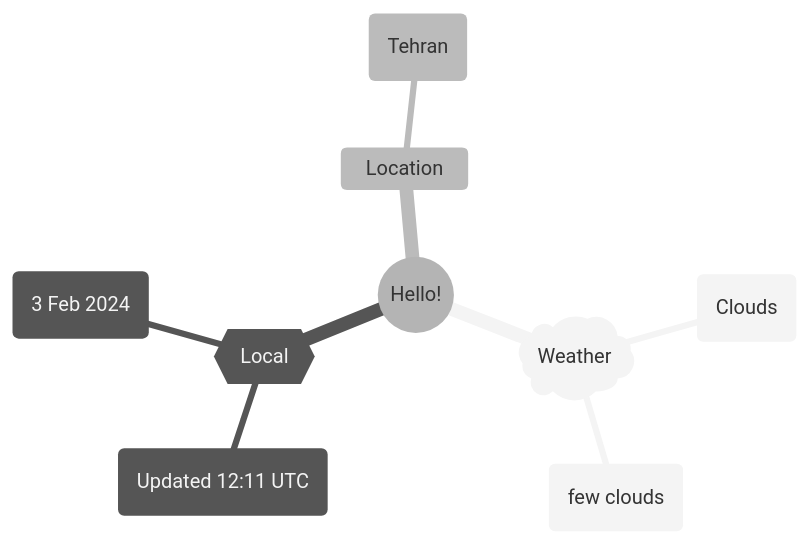
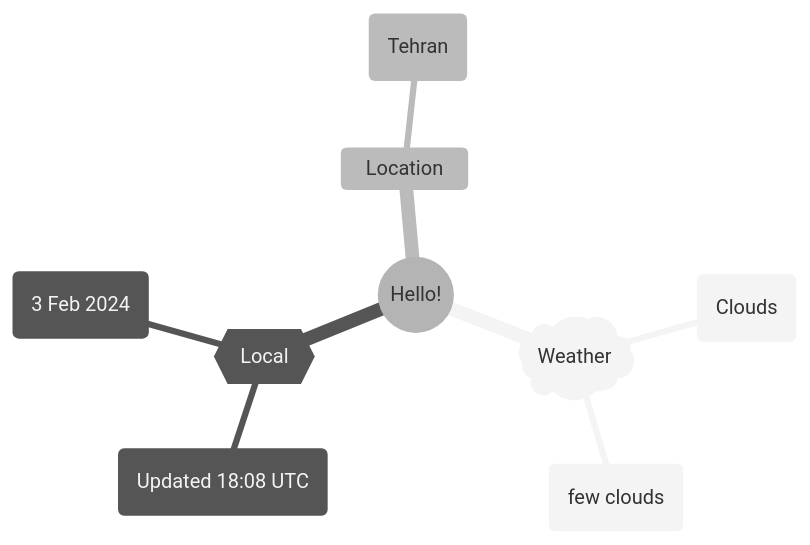
Before and after one commit to Xosrov/Xosrov: the first of 2 diagrams in README.md, drawn with Mermaid (neutral theme).

Commit message:
[bot] updated images

````diff
--- a/README.md
+++ b/README.md
@@ -3,12 +3,12 @@
 ```mermaid
 mindmap
   root((Hello!))
     )Weather(
         (Clouds)
         (few clouds)
     {{Local}}
-        (Updated 12:11 UTC)
+        (Updated 18:08 UTC)
         (3 Feb 2024)
     Location
         (Tehran)
 ```
````
